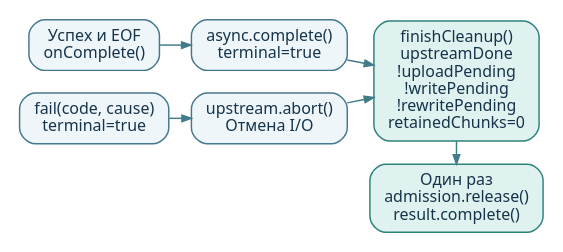
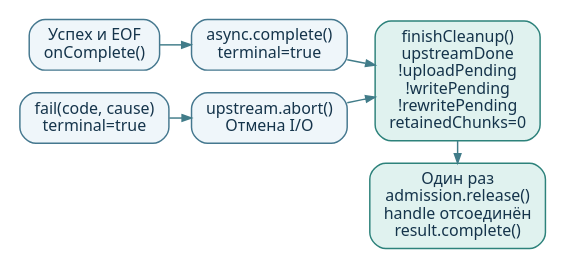
The diagram in jetty-client-example/docs/diagrams/lifecycle.dot (AlFlanker/NettyPet), drawn with Graphviz before and after one commit. The commit also changed 6 other files, not shown here.

```diff
--- a/jetty-client-example/docs/diagrams/lifecycle.dot
+++ b/jetty-client-example/docs/diagrams/lifecycle.dot
@@ -1,21 +1,21 @@
 digraph lifecycle {
   graph [rankdir=LR, bgcolor="white", pad="0.10", nodesep="0.23", ranksep="0.24", splines=polyline];
   node [shape=box, style="rounded,filled", fontname="Noto Sans", fontsize=12, fontcolor="#15344B", fillcolor="#EFF6FA", color="#45788F", penwidth=1.1, margin="0.14,0.09"];
   edge [color="#417C89", penwidth=1.1, arrowsize=0.7, fontname="Noto Sans", fontsize=12, fontcolor="#15344B"];
 
   success [label="Успех и EOF\nonComplete()"];
   finish [label="async.complete()\nterminal=true"];
   failure [label="fail(code, cause)\nterminal=true"];
   cancel [label="upstream.abort()\nОтмена I/O"];
   gates [label="finishCleanup()\nupstreamDone\n!uploadPending\n!writePending\n!rewritePending\nretainedChunks=0", fillcolor="#E0F2EF", color="#2D827B"];
-  release [label="Один раз\nadmission.release()\nresult.complete()", fillcolor="#E0F2EF", color="#2D827B"];
+  release [label="Один раз\nadmission.release()\nhandle отсоединён\nresult.complete()", fillcolor="#E0F2EF", color="#2D827B"];
 
   { rank=same; success; failure; }
   { rank=same; finish; cancel; }
   { rank=same; gates; release; }
   success -> finish;
   failure -> cancel;
   finish -> gates;
   cancel -> gates;
   gates -> release [constraint=false];
 }
```
